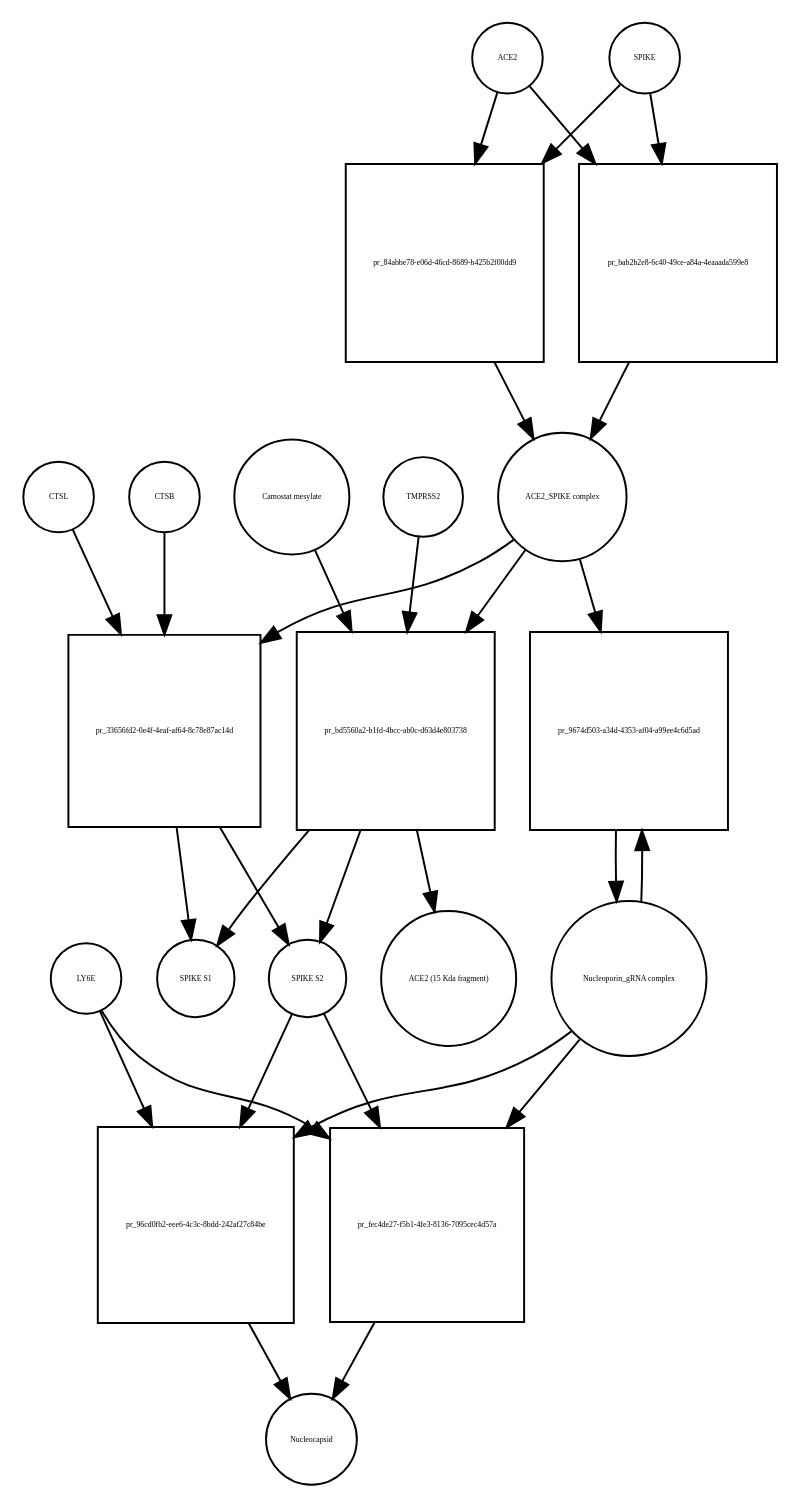
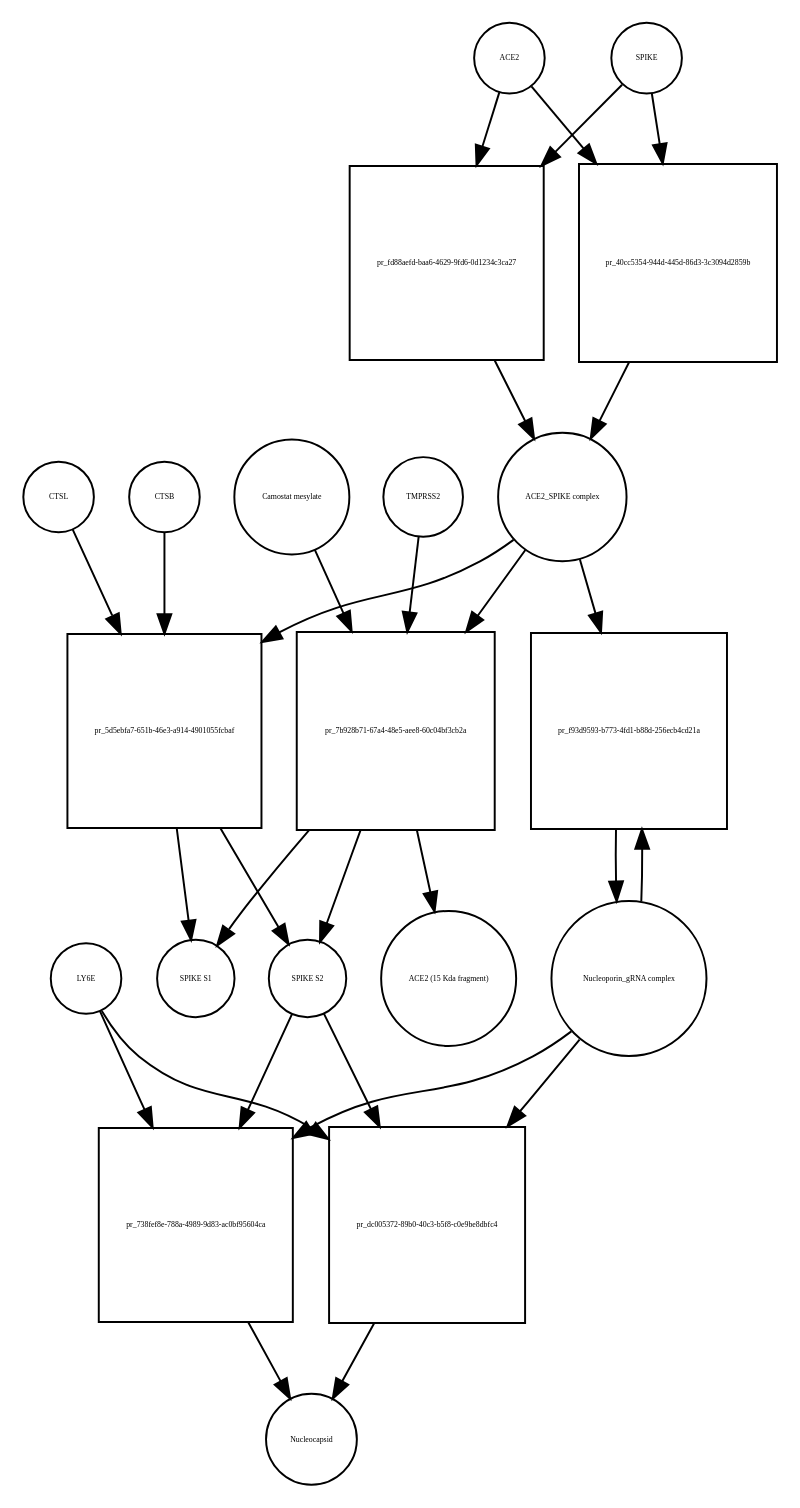
The diagram in Virus_replication_cycle_V01.xml_bipartite.dot (cannin/covid19-sbgn), drawn with Graphviz before and after one commit. The commit also changed 554 other files, not shown here.

```diff
--- a/Virus_replication_cycle_V01.xml_bipartite.dot
+++ b/Virus_replication_cycle_V01.xml_bipartite.dot
@@ -1,50 +1,50 @@
 strict digraph  {
 ACE2 [annotation="", bipartite=0, cls=macromolecule, fontsize=4, label=ACE2, shape=circle];
-"pr_84abbe78-e06d-46cd-8689-b425b2f00dd9" [annotation="", bipartite=1, cls=process, fontsize=4, label="pr_84abbe78-e06d-46cd-8689-b425b2f00dd9", shape=square];
+"pr_fd88aefd-baa6-4629-9fd6-0d1234c3ca27" [annotation="", bipartite=1, cls=process, fontsize=4, label="pr_fd88aefd-baa6-4629-9fd6-0d1234c3ca27", shape=square];
 "ACE2_SPIKE complex" [annotation="", bipartite=0, cls=complex, fontsize=4, label="ACE2_SPIKE complex", shape=circle];
 SPIKE [annotation="", bipartite=0, cls="macromolecule multimer", fontsize=4, label=SPIKE, shape=circle];
 "Nucleoporin_gRNA complex " [annotation="", bipartite=0, cls=complex, fontsize=4, label="Nucleoporin_gRNA complex ", shape=circle];
-"pr_9674d503-a34d-4353-af04-a99ee4c6d5ad" [annotation="", bipartite=1, cls=process, fontsize=4, label="pr_9674d503-a34d-4353-af04-a99ee4c6d5ad", shape=square];
-"pr_33656fd2-0e4f-4eaf-af64-8c78e87ac14d" [annotation="", bipartite=1, cls=process, fontsize=4, label="pr_33656fd2-0e4f-4eaf-af64-8c78e87ac14d", shape=square];
+"pr_f93d9593-b773-4fd1-b88d-256ecb4cd21a" [annotation="", bipartite=1, cls=process, fontsize=4, label="pr_f93d9593-b773-4fd1-b88d-256ecb4cd21a", shape=square];
+"pr_5d5ebfa7-651b-46e3-a914-4901055fcbaf" [annotation="", bipartite=1, cls=process, fontsize=4, label="pr_5d5ebfa7-651b-46e3-a914-4901055fcbaf", shape=square];
 "SPIKE S2" [annotation="", bipartite=0, cls=macromolecule, fontsize=4, label="SPIKE S2", shape=circle];
 CTSB [annotation="", bipartite=0, cls=macromolecule, fontsize=4, label=CTSB, shape=circle];
 CTSL [annotation="", bipartite=0, cls=macromolecule, fontsize=4, label=CTSL, shape=circle];
 "SPIKE S1" [annotation="", bipartite=0, cls=macromolecule, fontsize=4, label="SPIKE S1", shape=circle];
-"pr_96cd0fb2-eee6-4c3c-8bdd-242af27c84be" [annotation="", bipartite=1, cls=process, fontsize=4, label="pr_96cd0fb2-eee6-4c3c-8bdd-242af27c84be", shape=square];
+"pr_738fef8e-788a-4989-9d83-ac0bf95604ca" [annotation="", bipartite=1, cls=process, fontsize=4, label="pr_738fef8e-788a-4989-9d83-ac0bf95604ca", shape=square];
 Nucleocapsid [annotation="", bipartite=0, cls=complex, fontsize=4, label=Nucleocapsid, shape=circle];
 LY6E [annotation="", bipartite=0, cls=macromolecule, fontsize=4, label=LY6E, shape=circle];
-"pr_bd5560a2-b1fd-4bcc-ab0c-d63d4e803738" [annotation="", bipartite=1, cls=process, fontsize=4, label="pr_bd5560a2-b1fd-4bcc-ab0c-d63d4e803738", shape=square];
+"pr_7b928b71-67a4-48e5-aee8-60c04bf3cb2a" [annotation="", bipartite=1, cls=process, fontsize=4, label="pr_7b928b71-67a4-48e5-aee8-60c04bf3cb2a", shape=square];
 TMPRSS2 [annotation="", bipartite=0, cls=macromolecule, fontsize=4, label=TMPRSS2, shape=circle];
 "Camostat mesylate" [annotation="urn_miriam_pubchem.compound_2536", bipartite=0, cls="simple chemical", fontsize=4, label="Camostat mesylate", shape=circle];
 "ACE2 (15 Kda fragment)" [annotation="", bipartite=0, cls=macromolecule, fontsize=4, label="ACE2 (15 Kda fragment)", shape=circle];
-"pr_bab2b2e8-6c40-49ce-a84a-4eaaada599e8" [annotation="", bipartite=1, cls=process, fontsize=4, label="pr_bab2b2e8-6c40-49ce-a84a-4eaaada599e8", shape=square];
-"pr_fec4de27-f5b1-4fe3-8136-7095cec4d57a" [annotation="", bipartite=1, cls=process, fontsize=4, label="pr_fec4de27-f5b1-4fe3-8136-7095cec4d57a", shape=square];
-ACE2 -> "pr_84abbe78-e06d-46cd-8689-b425b2f00dd9"  [annotation="", interaction_type=consumption];
-ACE2 -> "pr_bab2b2e8-6c40-49ce-a84a-4eaaada599e8"  [annotation="", interaction_type=consumption];
-"pr_84abbe78-e06d-46cd-8689-b425b2f00dd9" -> "ACE2_SPIKE complex"  [annotation="", interaction_type=production];
-"ACE2_SPIKE complex" -> "pr_9674d503-a34d-4353-af04-a99ee4c6d5ad"  [annotation="urn_miriam_pubmed_32142651|urn_miriam_pubmed_32094589", interaction_type=stimulation];
-"ACE2_SPIKE complex" -> "pr_33656fd2-0e4f-4eaf-af64-8c78e87ac14d"  [annotation="", interaction_type=consumption];
-"ACE2_SPIKE complex" -> "pr_bd5560a2-b1fd-4bcc-ab0c-d63d4e803738"  [annotation="", interaction_type=consumption];
-SPIKE -> "pr_84abbe78-e06d-46cd-8689-b425b2f00dd9"  [annotation="", interaction_type=consumption];
-SPIKE -> "pr_bab2b2e8-6c40-49ce-a84a-4eaaada599e8"  [annotation="", interaction_type=consumption];
-"Nucleoporin_gRNA complex " -> "pr_9674d503-a34d-4353-af04-a99ee4c6d5ad"  [annotation="", interaction_type=consumption];
-"Nucleoporin_gRNA complex " -> "pr_96cd0fb2-eee6-4c3c-8bdd-242af27c84be"  [annotation="", interaction_type=consumption];
-"Nucleoporin_gRNA complex " -> "pr_fec4de27-f5b1-4fe3-8136-7095cec4d57a"  [annotation="", interaction_type=consumption];
-"pr_9674d503-a34d-4353-af04-a99ee4c6d5ad" -> "Nucleoporin_gRNA complex "  [annotation="", interaction_type=production];
-"pr_33656fd2-0e4f-4eaf-af64-8c78e87ac14d" -> "SPIKE S2"  [annotation="", interaction_type=production];
-"pr_33656fd2-0e4f-4eaf-af64-8c78e87ac14d" -> "SPIKE S1"  [annotation="", interaction_type=production];
-"SPIKE S2" -> "pr_96cd0fb2-eee6-4c3c-8bdd-242af27c84be"  [annotation="urn_miriam_doi_10.1101%2F2020.03.05.979260|urn_miriam_pubmed_32142651|urn_miriam_pubmed_32094589", interaction_type=stimulation];
-"SPIKE S2" -> "pr_fec4de27-f5b1-4fe3-8136-7095cec4d57a"  [annotation="urn_miriam_doi_10.1101%2F2020.03.05.979260", interaction_type=stimulation];
-CTSB -> "pr_33656fd2-0e4f-4eaf-af64-8c78e87ac14d"  [annotation=urn_miriam_pubmed_32142651, interaction_type=catalysis];
-CTSL -> "pr_33656fd2-0e4f-4eaf-af64-8c78e87ac14d"  [annotation=urn_miriam_pubmed_32142651, interaction_type=catalysis];
-"pr_96cd0fb2-eee6-4c3c-8bdd-242af27c84be" -> Nucleocapsid  [annotation="", interaction_type=production];
-LY6E -> "pr_96cd0fb2-eee6-4c3c-8bdd-242af27c84be"  [annotation="urn_miriam_doi_10.1101%2F2020.03.05.979260|urn_miriam_pubmed_32142651|urn_miriam_pubmed_32094589", interaction_type=inhibition];
-LY6E -> "pr_fec4de27-f5b1-4fe3-8136-7095cec4d57a"  [annotation="urn_miriam_doi_10.1101%2F2020.03.05.979260", interaction_type=inhibition];
-"pr_bd5560a2-b1fd-4bcc-ab0c-d63d4e803738" -> "SPIKE S2"  [annotation="", interaction_type=production];
-"pr_bd5560a2-b1fd-4bcc-ab0c-d63d4e803738" -> "SPIKE S1"  [annotation="", interaction_type=production];
-"pr_bd5560a2-b1fd-4bcc-ab0c-d63d4e803738" -> "ACE2 (15 Kda fragment)"  [annotation="", interaction_type=production];
-TMPRSS2 -> "pr_bd5560a2-b1fd-4bcc-ab0c-d63d4e803738"  [annotation="urn_miriam_pubmed_32142651|urn_miriam_pubmed_32094589|urn_miriam_pubmed_24227843", interaction_type=catalysis];
-"Camostat mesylate" -> "pr_bd5560a2-b1fd-4bcc-ab0c-d63d4e803738"  [annotation="urn_miriam_pubmed_32142651|urn_miriam_pubmed_32094589|urn_miriam_pubmed_24227843", interaction_type=inhibition];
-"pr_bab2b2e8-6c40-49ce-a84a-4eaaada599e8" -> "ACE2_SPIKE complex"  [annotation="", interaction_type=production];
-"pr_fec4de27-f5b1-4fe3-8136-7095cec4d57a" -> Nucleocapsid  [annotation="", interaction_type=production];
+"pr_40cc5354-944d-445d-86d3-3c3094d2859b" [annotation="", bipartite=1, cls=process, fontsize=4, label="pr_40cc5354-944d-445d-86d3-3c3094d2859b", shape=square];
+"pr_dc005372-89b0-40c3-b5f8-c0e9be8dbfc4" [annotation="", bipartite=1, cls=process, fontsize=4, label="pr_dc005372-89b0-40c3-b5f8-c0e9be8dbfc4", shape=square];
+ACE2 -> "pr_fd88aefd-baa6-4629-9fd6-0d1234c3ca27"  [annotation="", interaction_type=consumption];
+ACE2 -> "pr_40cc5354-944d-445d-86d3-3c3094d2859b"  [annotation="", interaction_type=consumption];
+"pr_fd88aefd-baa6-4629-9fd6-0d1234c3ca27" -> "ACE2_SPIKE complex"  [annotation="", interaction_type=production];
+"ACE2_SPIKE complex" -> "pr_f93d9593-b773-4fd1-b88d-256ecb4cd21a"  [annotation="urn_miriam_pubmed_32142651|urn_miriam_pubmed_32094589", interaction_type=stimulation];
+"ACE2_SPIKE complex" -> "pr_5d5ebfa7-651b-46e3-a914-4901055fcbaf"  [annotation="", interaction_type=consumption];
+"ACE2_SPIKE complex" -> "pr_7b928b71-67a4-48e5-aee8-60c04bf3cb2a"  [annotation="", interaction_type=consumption];
+SPIKE -> "pr_fd88aefd-baa6-4629-9fd6-0d1234c3ca27"  [annotation="", interaction_type=consumption];
+SPIKE -> "pr_40cc5354-944d-445d-86d3-3c3094d2859b"  [annotation="", interaction_type=consumption];
+"Nucleoporin_gRNA complex " -> "pr_f93d9593-b773-4fd1-b88d-256ecb4cd21a"  [annotation="", interaction_type=consumption];
+"Nucleoporin_gRNA complex " -> "pr_738fef8e-788a-4989-9d83-ac0bf95604ca"  [annotation="", interaction_type=consumption];
+"Nucleoporin_gRNA complex " -> "pr_dc005372-89b0-40c3-b5f8-c0e9be8dbfc4"  [annotation="", interaction_type=consumption];
+"pr_f93d9593-b773-4fd1-b88d-256ecb4cd21a" -> "Nucleoporin_gRNA complex "  [annotation="", interaction_type=production];
+"pr_5d5ebfa7-651b-46e3-a914-4901055fcbaf" -> "SPIKE S2"  [annotation="", interaction_type=production];
+"pr_5d5ebfa7-651b-46e3-a914-4901055fcbaf" -> "SPIKE S1"  [annotation="", interaction_type=production];
+"SPIKE S2" -> "pr_738fef8e-788a-4989-9d83-ac0bf95604ca"  [annotation="urn_miriam_doi_10.1101%2F2020.03.05.979260|urn_miriam_pubmed_32142651|urn_miriam_pubmed_32094589", interaction_type=stimulation];
+"SPIKE S2" -> "pr_dc005372-89b0-40c3-b5f8-c0e9be8dbfc4"  [annotation="urn_miriam_doi_10.1101%2F2020.03.05.979260", interaction_type=stimulation];
+CTSB -> "pr_5d5ebfa7-651b-46e3-a914-4901055fcbaf"  [annotation=urn_miriam_pubmed_32142651, interaction_type=catalysis];
+CTSL -> "pr_5d5ebfa7-651b-46e3-a914-4901055fcbaf"  [annotation=urn_miriam_pubmed_32142651, interaction_type=catalysis];
+"pr_738fef8e-788a-4989-9d83-ac0bf95604ca" -> Nucleocapsid  [annotation="", interaction_type=production];
+LY6E -> "pr_738fef8e-788a-4989-9d83-ac0bf95604ca"  [annotation="urn_miriam_doi_10.1101%2F2020.03.05.979260|urn_miriam_pubmed_32142651|urn_miriam_pubmed_32094589", interaction_type=inhibition];
+LY6E -> "pr_dc005372-89b0-40c3-b5f8-c0e9be8dbfc4"  [annotation="urn_miriam_doi_10.1101%2F2020.03.05.979260", interaction_type=inhibition];
+"pr_7b928b71-67a4-48e5-aee8-60c04bf3cb2a" -> "SPIKE S2"  [annotation="", interaction_type=production];
+"pr_7b928b71-67a4-48e5-aee8-60c04bf3cb2a" -> "SPIKE S1"  [annotation="", interaction_type=production];
+"pr_7b928b71-67a4-48e5-aee8-60c04bf3cb2a" -> "ACE2 (15 Kda fragment)"  [annotation="", interaction_type=production];
+TMPRSS2 -> "pr_7b928b71-67a4-48e5-aee8-60c04bf3cb2a"  [annotation="urn_miriam_pubmed_32142651|urn_miriam_pubmed_32094589|urn_miriam_pubmed_24227843", interaction_type=catalysis];
+"Camostat mesylate" -> "pr_7b928b71-67a4-48e5-aee8-60c04bf3cb2a"  [annotation="urn_miriam_pubmed_32142651|urn_miriam_pubmed_32094589|urn_miriam_pubmed_24227843", interaction_type=inhibition];
+"pr_40cc5354-944d-445d-86d3-3c3094d2859b" -> "ACE2_SPIKE complex"  [annotation="", interaction_type=production];
+"pr_dc005372-89b0-40c3-b5f8-c0e9be8dbfc4" -> Nucleocapsid  [annotation="", interaction_type=production];
 }
```
